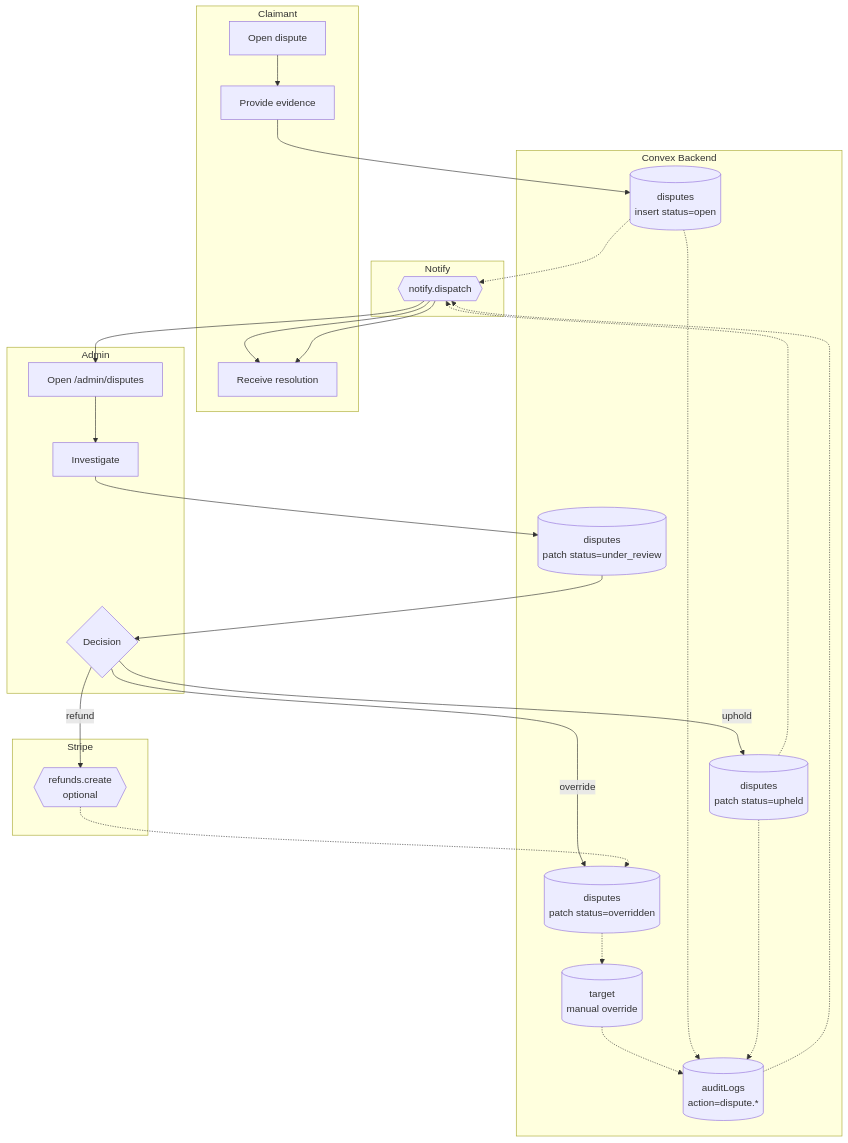
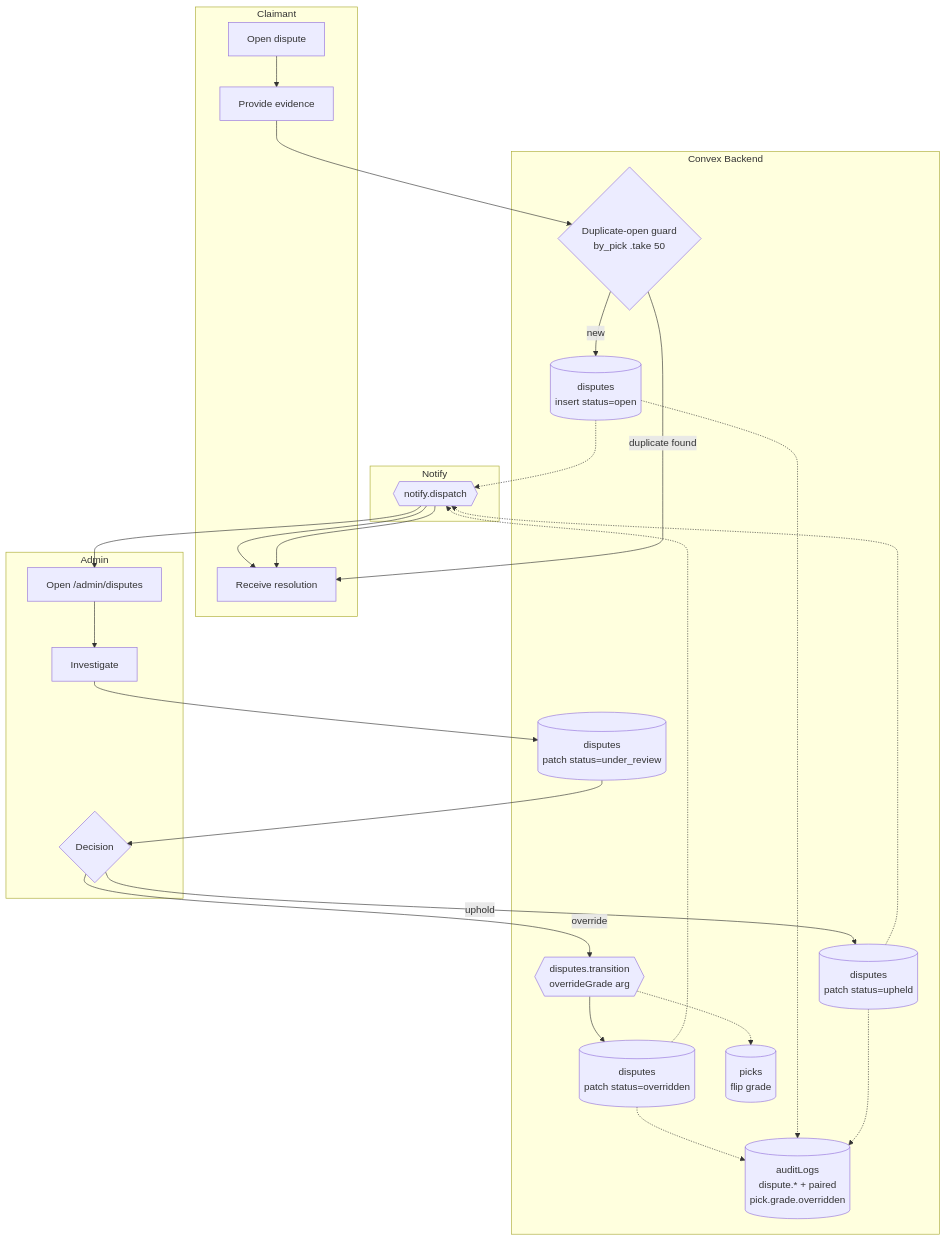
Before and after one commit to xalatechnologies/DigiPicks-v2: the diagram in docs/bpmn/BPMN-011-disputes.md, drawn with Mermaid. The commit also changed other lines of this file and 33 other files, not shown here.

````diff
--- a/docs/bpmn/BPMN-011-disputes.md
+++ b/docs/bpmn/BPMN-011-disputes.md
@@ -33,35 +38,38 @@
 ```mermaid
 flowchart TD
   subgraph U[Claimant]
     u1[Open dispute]
     u2[Provide evidence]
     u3[Receive resolution]
   end
   subgraph K[Convex Backend]
+    k0{Duplicate-open guard<br/>by_pick .take 50}
     k1[(disputes<br/>insert status=open)]
     k2[(disputes<br/>patch status=under_review)]
     k3[(disputes<br/>patch status=upheld)]
-    k4[(disputes<br/>patch status=overridden)]
-    k5[(target<br/>manual override)]
-    k6[(auditLogs<br/>action=dispute.*)]
+    k4{{disputes.transition<br/>overrideGrade arg}}
+    k4a[(disputes<br/>patch status=overridden)]
+    k5[(picks<br/>flip grade)]
+    k6[(auditLogs<br/>dispute.* + paired<br/>pick.grade.overridden)]
   end
   subgraph A[Admin]
     a1[Open /admin/disputes]
     a2[Investigate]
     a3{Decision}
   end
-  subgraph S[Stripe]
-    s1{{refunds.create<br/>optional}}
-  end
   subgraph N[Notify]
     n1{{notify.dispatch}}
   end
 
-  u1 --> u2 --> k1
+  u1 --> u2 --> k0
+  k0 -->|duplicate found| u3
+  k0 -->|new| k1
   k1 -.-> n1 --> a1 --> a2 --> k2 --> a3
   a3 -->|uphold| k3 -.-> n1 --> u3
-  a3 -->|override| k4 -.-> k5 -.-> k6 -.-> n1 --> u3
-  a3 -->|refund| s1 -.-> k4
+  a3 -->|override| k4 --> k4a
+  k4 -.-> k5
+  k4a -.-> k6
+  k4a -.-> n1 --> u3
   k1 -.-> k6
   k3 -.-> k6
 ```
````
